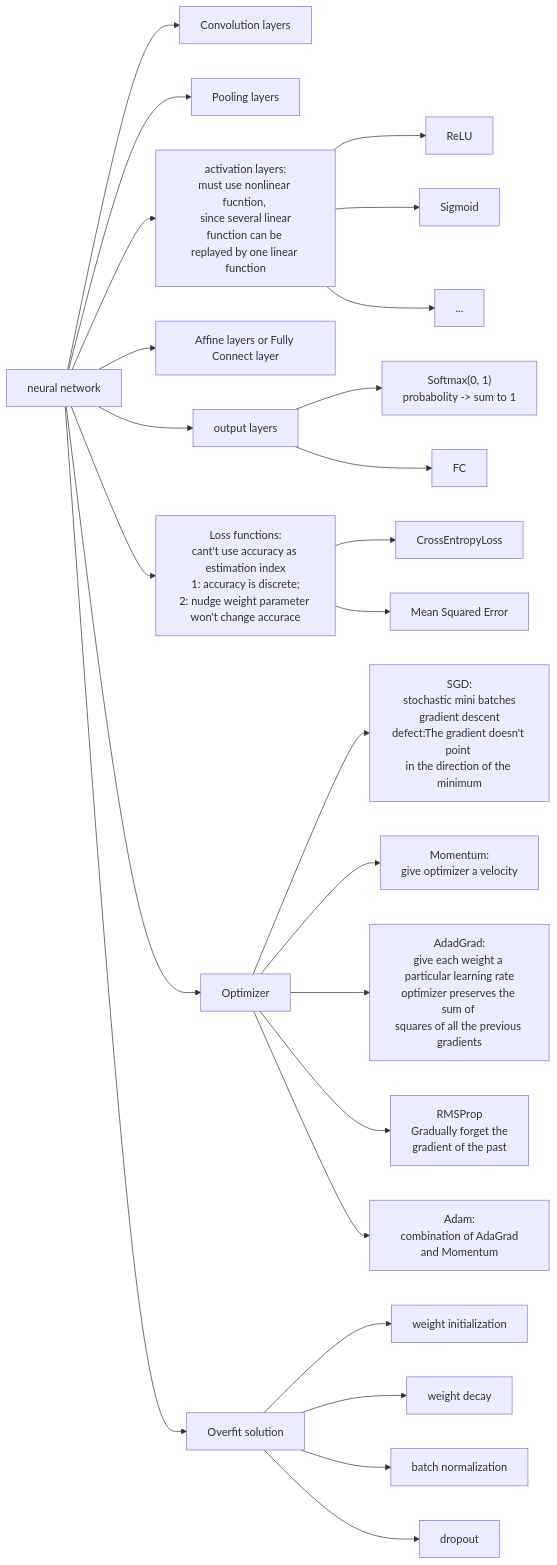
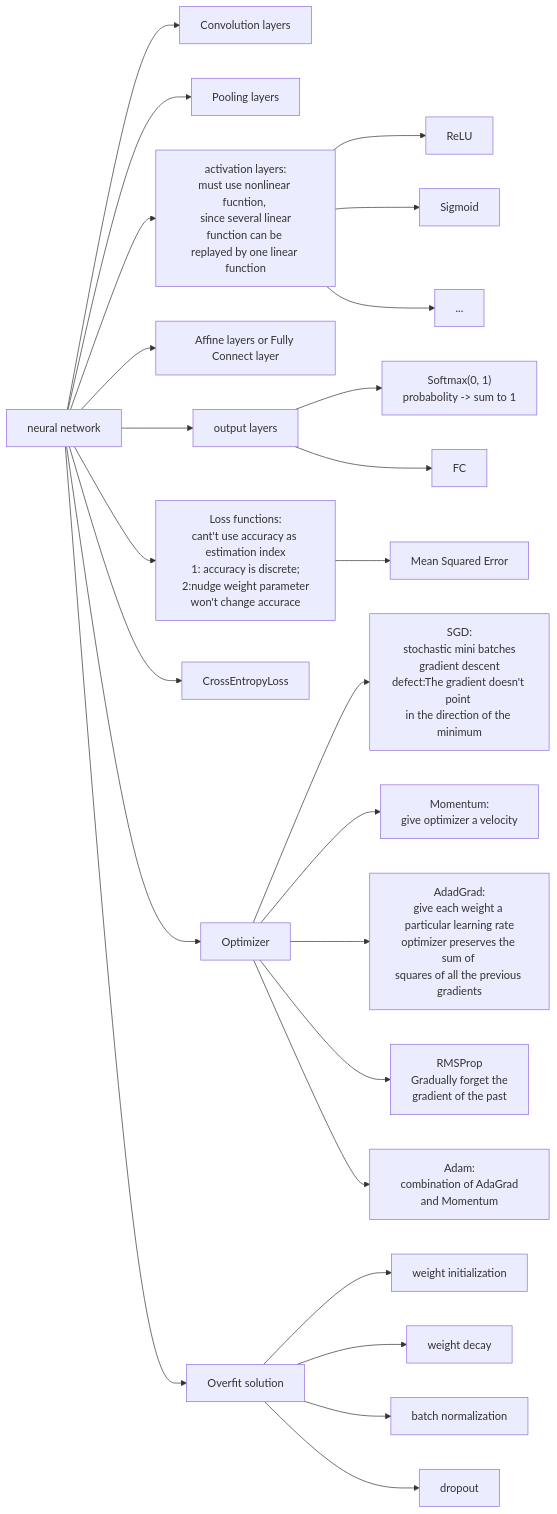
The diagram in README.md (Chenkehan21/My-deep-learning-from-scratch), drawn with Mermaid before and after one commit.

````diff
--- a/README.md
+++ b/README.md
@@ -53,48 +53,49 @@
 ```mermaid
 graph LR;
     C[neural network];
 
     C-->x1[Convolution layers]
 
     C-->x2[Pooling layers]
 
     C-->D[activation layers:<br/>must use nonlinear fucntion, <br> since several linear function can be <br/>replayed by one linear function];
 
 
     D-->D1[ReLU];
 
     D-->D2[Sigmoid];
 
     D-->D3[...];
 
     C-->E[Affine layers or Fully Connect layer];
 
     C-->F[output layers];
 
     F-->F1["Softmax(0, 1)<br/>probabolity -> sum to 1"];
     
     F-->F2[FC];
 
-    C-->G["Loss functions:<br/>cant't use accuracy as estimation index<br/>1: accuracy is discrete;<br/>2: nudge weight parameter won't change accurace"]-->G1[CrossEntropyLoss];
+    C-->G["Loss functions:<br/>cant't use accuracy as estimation index<br/>1: accuracy is discrete;<br/> 2:nudge weight parameter won't change accurace"];
+    
+    C-->G1[CrossEntropyLoss];
     
     G-->G2[Mean Squared Error];
 
     C-->H[Optimizer];
     
     H-->H1["SGD:<br/>stochastic mini batches<br/>gradient descent<br/>defect:The gradient doesn't point <br/>in the direction of the minimum"];
     
     H-->H2["Momentum:<br/> give optimizer a velocity<br/>"];
     
     H-->H3["AdadGrad:<br/>give each weight a <br/>particular learning rate<br/>optimizer preserves the sum of <br/>squares of all the previous gradients"];
     
     H-->H4["RMSProp<br/>Gradually forget the<br/> gradient of the past"];
     
     H-->H5["Adam:<br/> combination of AdaGrad and Momentum"];
 
     C-->I[Overfit solution]
     I-->I1[weight initialization]
     I-->I2[weight decay]
     I-->I3[batch normalization]
     I-->I4[dropout]
-
 ```
````
